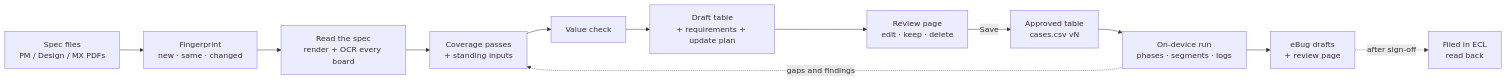
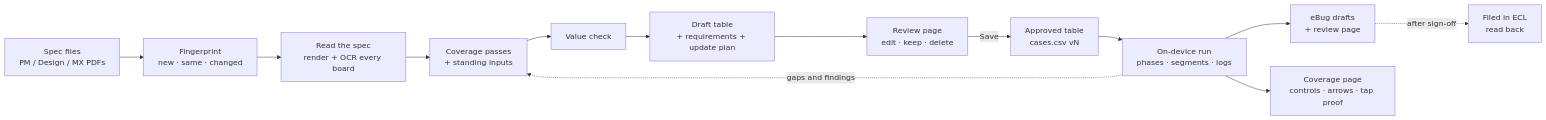
Before and after one commit to AllenCWChen-cl/spec-casebook: the diagram in README.md, drawn with Mermaid. The commit also changed other lines of this file and 1 other file, not shown here.

First line of the commit message:
README: live pages, Figma inventory, control trace and coverage page

````diff
--- a/README.md
+++ b/README.md
@@ -50,14 +51,15 @@
 ```mermaid
 flowchart LR
     A[Spec files<br/>PM / Design / MX PDFs] --> B[Fingerprint<br/>new · same · changed]
     B --> C[Read the spec<br/>render + OCR every board]
     C --> D[Coverage passes<br/>+ standing inputs]
     D --> E[Value check]
     E --> F[Draft table<br/>+ requirements + update plan]
     F --> G[Review page<br/>edit · keep · delete]
     G -->|Save| H[Approved table<br/>cases.csv vN]
     H --> I[On-device run<br/>phases · segments · logs]
     I --> J[eBug drafts<br/>+ review page]
+    I --> P[Coverage page<br/>controls · arrows · tap proof]
     J -. after sign-off .-> K[Filed in ECL<br/>read back]
     I -. gaps and findings .-> D
 ```
````
